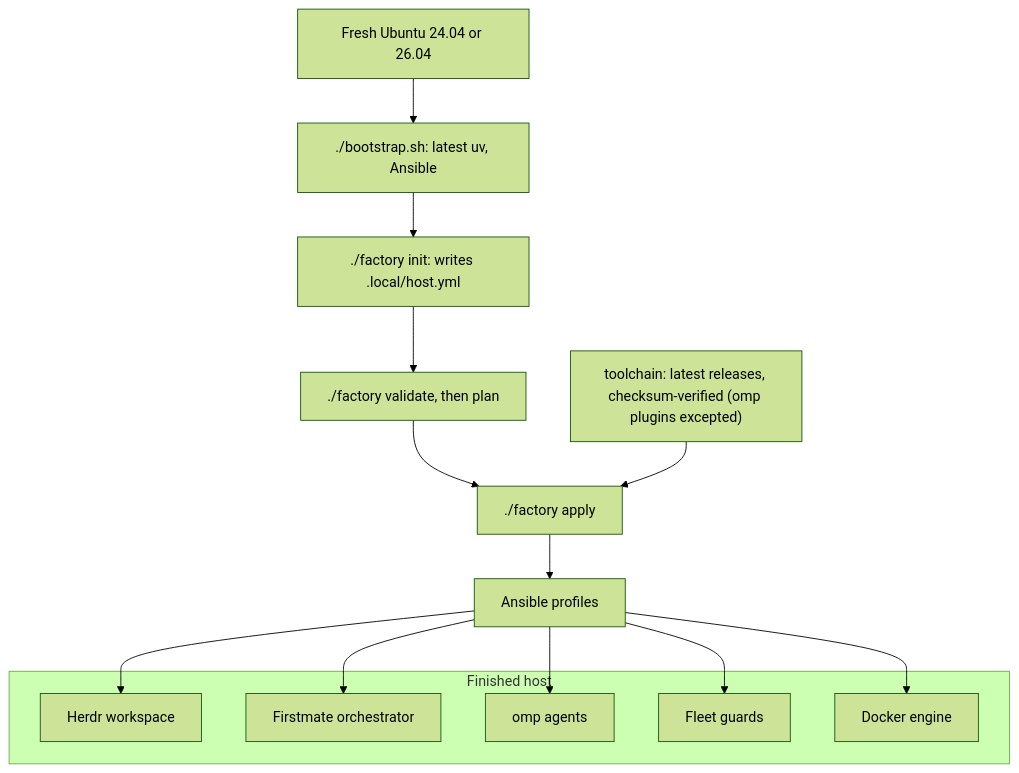
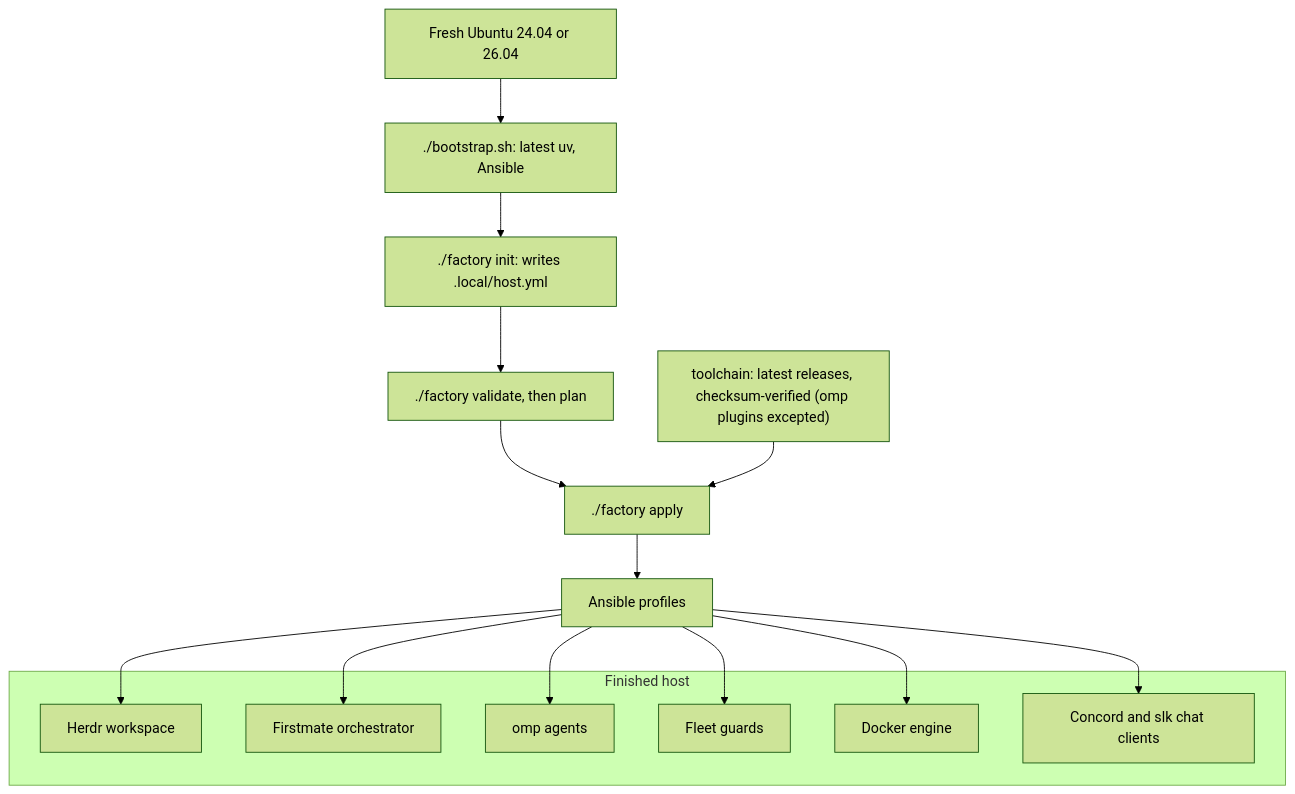
The diagram in README.md (i098/Code-Factory), drawn with Mermaid (forest theme) before and after one commit. The commit also changed other lines of this file, not shown here.

Commit message:
docs(readme): show Concord and slk in the default install

````diff
--- a/README.md
+++ b/README.md
@@ -5,21 +5,23 @@
 ```mermaid
 flowchart TD
     box["Fresh Ubuntu 24.04 or 26.04"] --> boot["./bootstrap.sh: latest uv, Ansible"]
     boot --> init["./factory init: writes .local/host.yml"]
     init --> check["./factory validate, then plan"]
     check --> apply["./factory apply"]
     lock["toolchain: latest releases, checksum-verified (omp plugins excepted)"] --> apply
     apply --> profiles["Ansible profiles"]
     subgraph host["Finished host"]
         herdr["Herdr workspace"]
         fm["Firstmate orchestrator"]
         agents["omp agents"]
         guards["Fleet guards"]
         docker["Docker engine"]
+        chat["Concord and slk chat clients"]
     end
     profiles --> herdr
     profiles --> fm
     profiles --> agents
     profiles --> guards
     profiles --> docker
+    profiles --> chat
 ```
````
